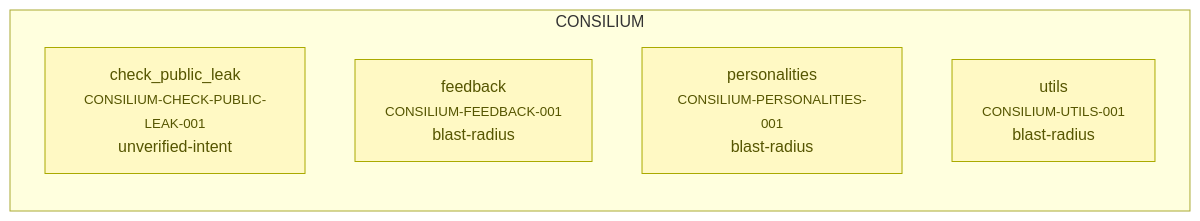
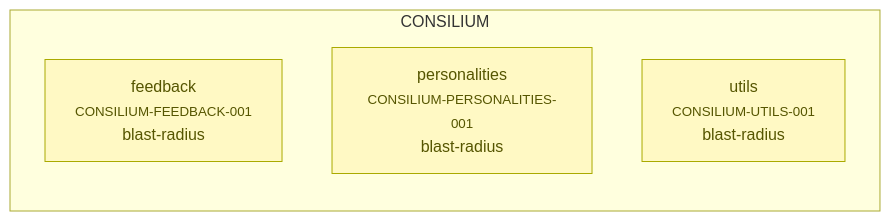
Before and after one commit to alxmax/Consilium_Demo: the fourth of 4 diagrams in requirements/_map.md, drawn with Mermaid. The commit also changed other lines of this file and 4 other files, not shown here.

First line of the commit message:
fix(reqmap): move contract bullets to proper section in CHECK-PUBLIC-LEAK-001

````diff
--- a/requirements/_map.md
+++ b/requirements/_map.md
@@ -220,13 +220,11 @@
 ```mermaid
 graph LR
   subgraph sg_CONSILIUM["CONSILIUM"]
-    CONSILIUM_CHECK_PUBLIC_LEAK_001["check_public_leak<br><small>CONSILIUM-CHECK-PUBLIC-LEAK-001</small><br>unverified-intent"]
     CONSILIUM_FEEDBACK_001["feedback<br><small>CONSILIUM-FEEDBACK-001</small><br>blast-radius"]
     CONSILIUM_PERSONALITIES_001["personalities<br><small>CONSILIUM-PERSONALITIES-001</small><br>blast-radius"]
     CONSILIUM_UTILS_001["utils<br><small>CONSILIUM-UTILS-001</small><br>blast-radius"]
   end
-  style CONSILIUM_CHECK_PUBLIC_LEAK_001 fill:#fff9c4,stroke:#aa0,color:#550
   style CONSILIUM_FEEDBACK_001 fill:#fff9c4,stroke:#aa0,color:#550
   style CONSILIUM_PERSONALITIES_001 fill:#fff9c4,stroke:#aa0,color:#550
   style CONSILIUM_UTILS_001 fill:#fff9c4,stroke:#aa0,color:#550
 ```
````
